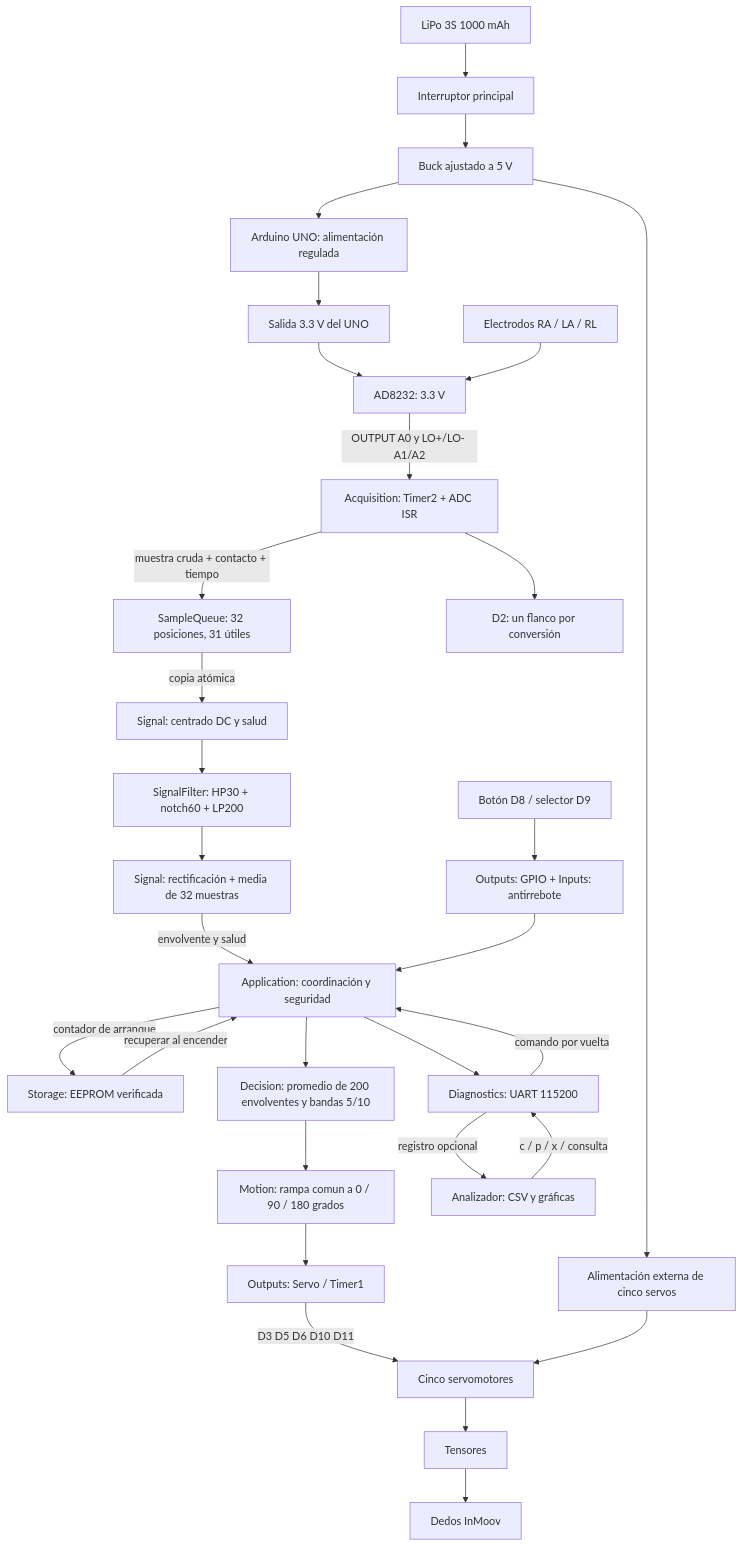
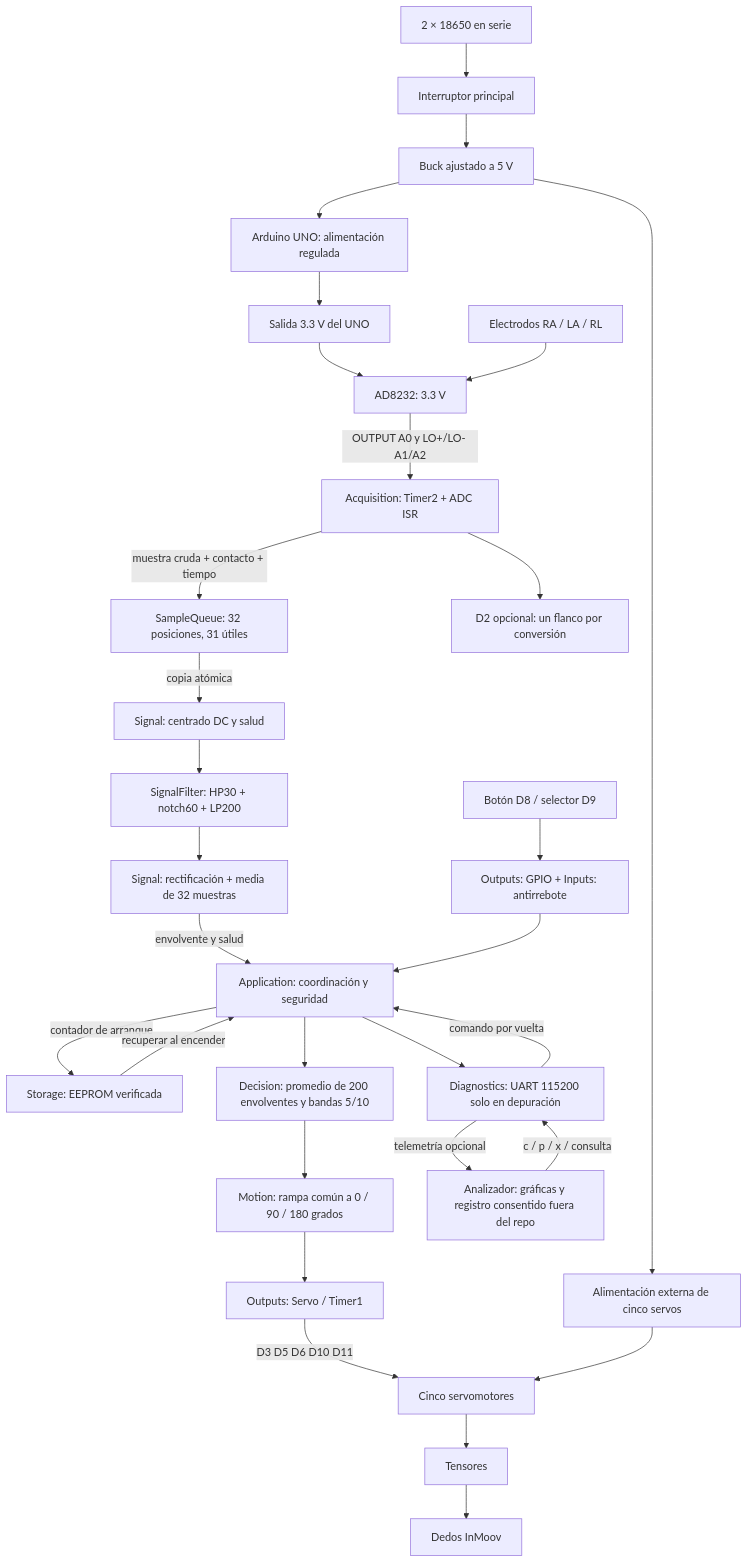
Before and after one commit to onofrela/fse-proyecto-brazo-bionico: the diagram in docs/arquitectura.md, drawn with Mermaid. The commit also changed other lines of this file and 4 other files, not shown here.

````diff
--- a/docs/arquitectura.md
+++ b/docs/arquitectura.md
@@ -5,32 +5,32 @@
 ```mermaid
 flowchart TD
-    BAT[LiPo 3S 1000 mAh] --> SW[Interruptor principal]
+    BAT[2 × 18650 en serie] --> SW[Interruptor principal]
     SW --> BUCK[Buck ajustado a 5 V]
     BUCK --> MCU[Arduino UNO: alimentación regulada]
     BUCK --> POWER[Alimentación externa de cinco servos]
     MCU --> REG[Salida 3.3 V del UNO]
     REG --> SENSOR[AD8232: 3.3 V]
     ELECT[Electrodos RA / LA / RL] --> SENSOR
     SENSOR -->|OUTPUT A0 y LO+/LO- A1/A2| ADC[Acquisition: Timer2 + ADC ISR]
     ADC -->|muestra cruda + contacto + tiempo| QUEUE[SampleQueue: 32 posiciones, 31 útiles]
     QUEUE -->|copia atómica| DC[Signal: centrado DC y salud]
     DC --> FILTER[SignalFilter: HP30 + notch60 + LP200]
     FILTER --> ENV[Signal: rectificación + media de 32 muestras]
     ENV -->|envolvente y salud| APP[Application: coordinación y seguridad]
     BUTTON[Botón D8 / selector D9] --> INPUT[Outputs: GPIO + Inputs: antirrebote]
     INPUT --> APP
     APP -->|contador de arranque| STORE[Storage: EEPROM verificada]
     STORE -->|recuperar al encender| APP
     APP --> DEC[Decision: promedio de 200 envolventes y bandas 5/10]
-    DEC --> MOTION[Motion: rampa comun a 0 / 90 / 180 grados]
+    DEC --> MOTION[Motion: rampa común a 0 / 90 / 180 grados]
     MOTION --> OUT[Outputs: Servo / Timer1]
     OUT -->|D3 D5 D6 D10 D11| SERVOS[Cinco servomotores]
     POWER --> SERVOS
     SERVOS --> TENDON[Tensores]
     TENDON --> HAND[Dedos InMoov]
-    APP --> DIAG[Diagnostics: UART 115200]
-    DIAG -->|registro opcional| PC[Analizador: CSV y gráficas]
+    APP --> DIAG[Diagnostics: UART 115200 solo en depuración]
+    DIAG -->|telemetría opcional| PC[Analizador: gráficas y registro consentido fuera del repo]
     PC -->|c / p / x / consulta| DIAG
     DIAG -->|comando por vuelta| APP
-    ADC --> PROBE[D2: un flanco por conversión]
+    ADC --> PROBE[D2 opcional: un flanco por conversión]
 ```
````
